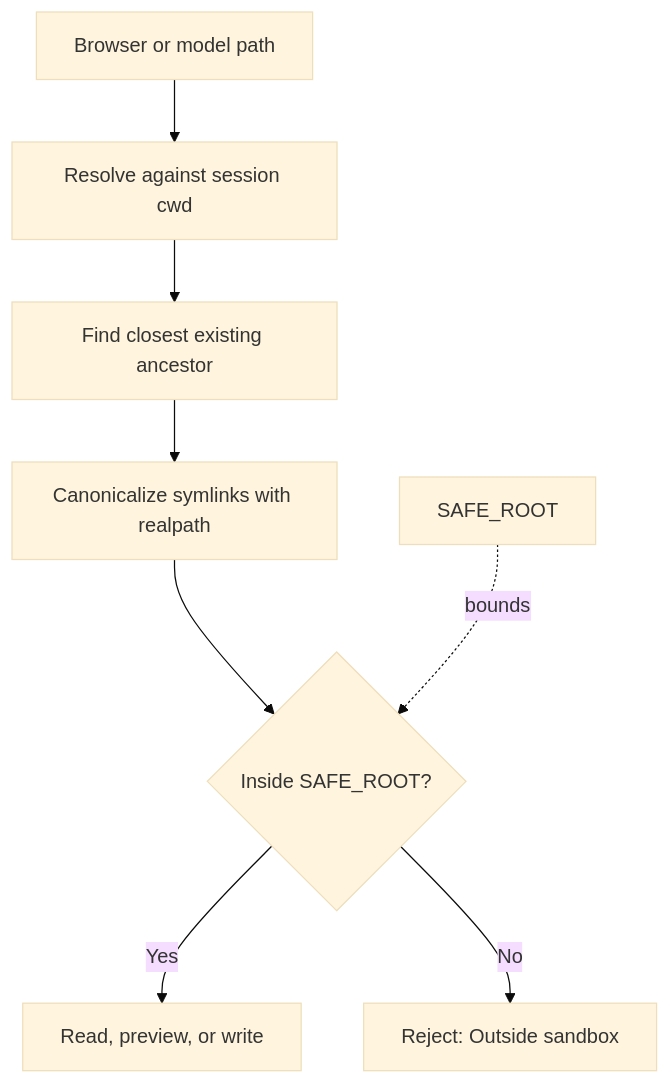
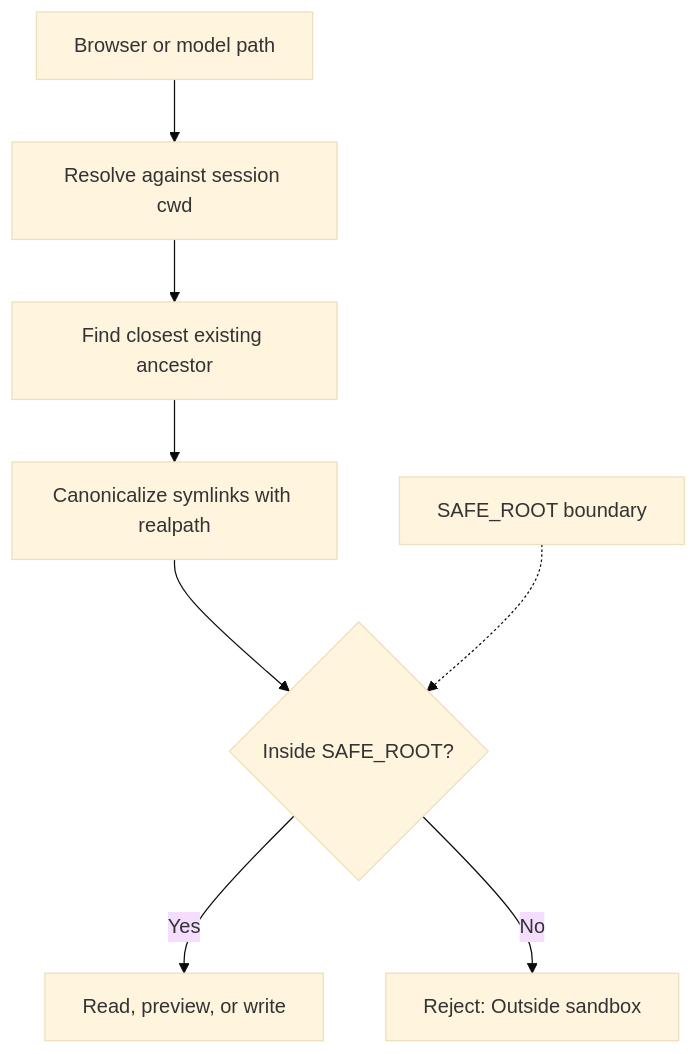
Before and after one commit to cschladetsch/NodeGLM-5: the fourth of 4 diagrams in Readme.md, drawn with Mermaid (base theme). The commit also changed other lines of this file and 1 other file, not shown here.

Commit message:
Fix README Mermaid rendering

````diff
--- a/Readme.md
+++ b/Readme.md
@@ -209,11 +209,11 @@
 ```mermaid
 flowchart TB
     Input["Browser or model path"] --> Resolve["Resolve against session cwd"]
     Resolve --> Existing["Find closest existing ancestor"]
     Existing --> Canonical["Canonicalize symlinks with realpath"]
     Canonical --> Check{"Inside SAFE_ROOT?"}
     Check -->|Yes| Operation["Read, preview, or write"]
     Check -->|No| Reject["Reject: Outside sandbox"]
 
-    Root["SAFE_ROOT"] -. bounds .-> Check
+    Root["SAFE_ROOT boundary"] -.-> Check
 ```
````
